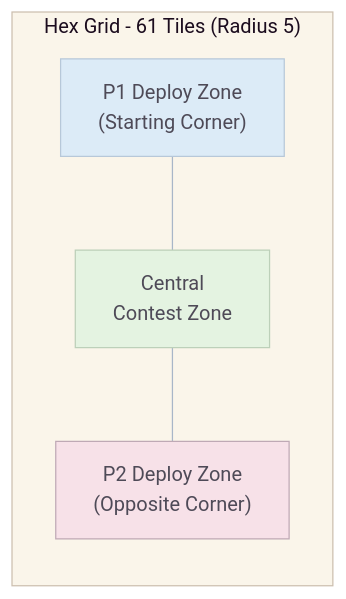
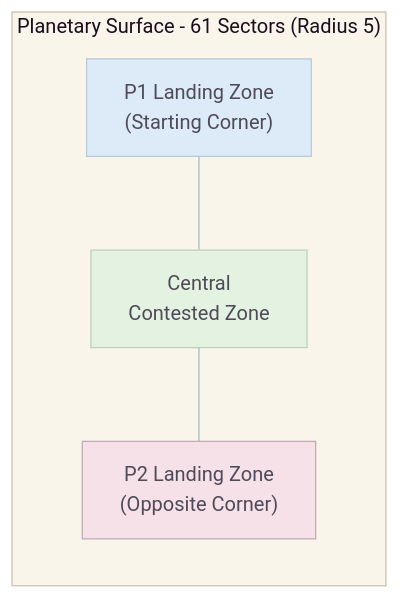
One commit to unknown-studios-code/goo-galaxy changed the first of 3 diagrams in .docs/GDD/01_Mechanics_and_Core_Gameplay.md. Above: the diagram before and after it, drawn with Mermaid. The commit also changed other lines of this file and 20 other files, not shown here.

````diff
--- a/.docs/GDD/01_Mechanics_and_Core_Gameplay.md
+++ b/.docs/GDD/01_Mechanics_and_Core_Gameplay.md
@@ -9,12 +9,12 @@
 ```mermaid
 %%{init: {"theme":"base","themeVariables":{"primaryColor":"#F7E1E8","secondaryColor":"#DCEBF7","tertiaryColor":"#E4F3E1","primaryBorderColor":"#BFA9B5","lineColor":"#A8B6C8","primaryTextColor":"#4E4A57","clusterBkg":"#FAF5EA","clusterBorder":"#CDBFAF","edgeLabelBackground":"#FFF9F2","noteBkgColor":"#F7F1FA","noteTextColor":"#4E4A57","taskBkgColor":"#DCEBF7","taskTextColor":"#4E4A57","taskTextOutsideColor":"#4E4A57","sectionBkgColor":"#E4F3E1","sectionBorderColor":"#BCD0B9","gridColor":"#E8DDD3","todayLineColor":"#C7A7B5","actorBkg":"#F7E1E8","actorBorder":"#BFA9B5","actorTextColor":"#4E4A57","signalColor":"#A8B6C8","signalTextColor":"#4E4A57","labelBoxBkgColor":"#FFF9F2","labelBoxBorderColor":"#CDBFAF","labelTextColor":"#4E4A57"}}}%%
 graph TD
-    subgraph "Hex Grid - 61 Tiles (Radius 5)"
+    subgraph "Planetary Surface - 61 Sectors (Radius 5)"
         direction TB
-        A["P1 Deploy Zone<br/>(Starting Corner)"] --- CENTER["Central<br/>Contest Zone"]
-        CENTER --- B["P2 Deploy Zone<br/>(Opposite Corner)"]
+        A["P1 Landing Zone<br/>(Starting Corner)"] --- CENTER["Central<br/>Contested Zone"]
+        CENTER --- B["P2 Landing Zone<br/>(Opposite Corner)"]
     end
     style A fill:#DCEBF7,color:#4E4A57,stroke:#B7C8D9
     style B fill:#F7E1E8,color:#4E4A57,stroke:#BFA9B5
     style CENTER fill:#E4F3E1,color:#4E4A57,stroke:#BCD0B9
 ```
````
